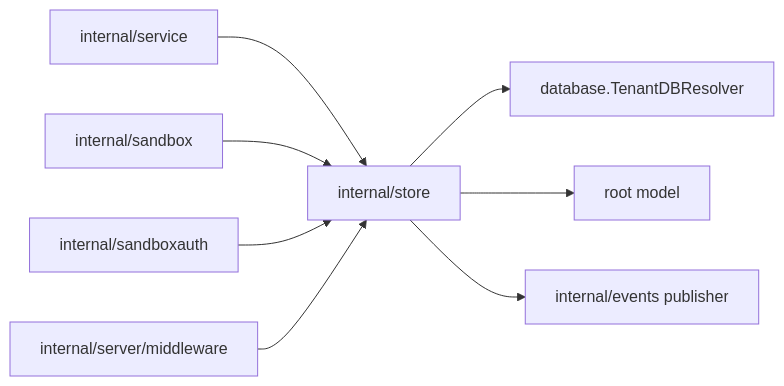
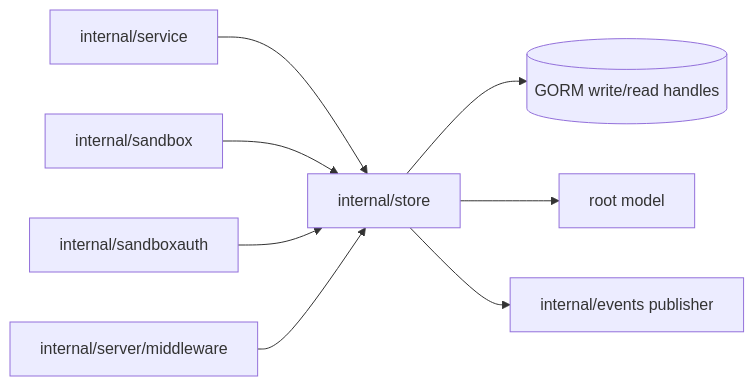
Before and after one commit to discobox-ai/discobox: the first of 2 diagrams in server/internal/store/DESIGN.md, drawn with Mermaid. The commit also changed other lines of this file and 88 other files, not shown here.

Commit message:
refactor: remove tenant database architecture

````diff
--- a/server/internal/store/DESIGN.md
+++ b/server/internal/store/DESIGN.md
@@ -9,10 +9,10 @@
 ```mermaid
 flowchart LR
     service[internal/service] --> store[internal/store]
     reconcilers[internal/sandbox] --> store
     auth[internal/sandboxauth] --> store
     middleware[internal/server/middleware] --> store
-    store --> resolver[database.TenantDBResolver]
+    store --> db[(GORM write/read handles)]
     store --> model[root model]
     store --> events[internal/events publisher]
 ```
````
